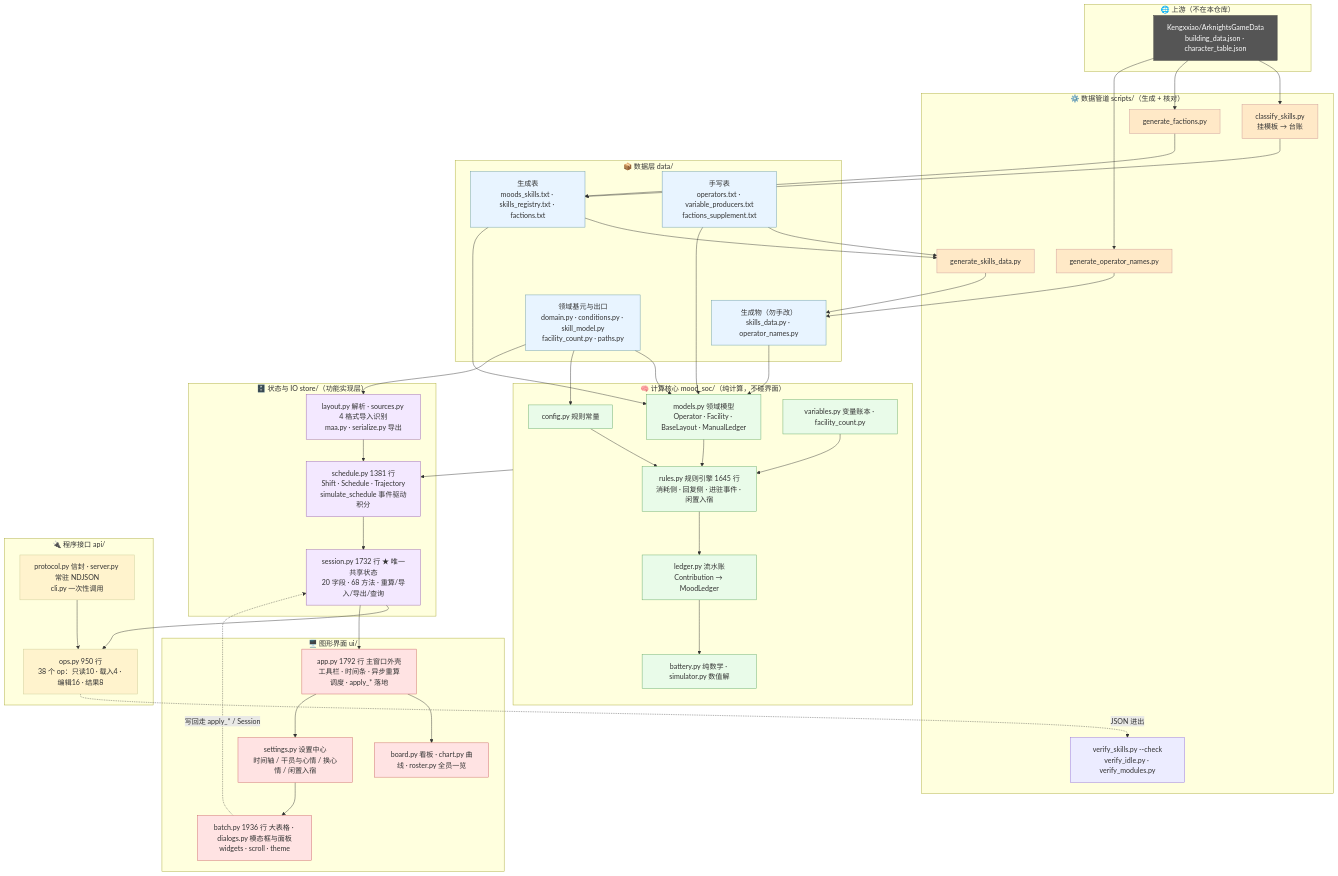
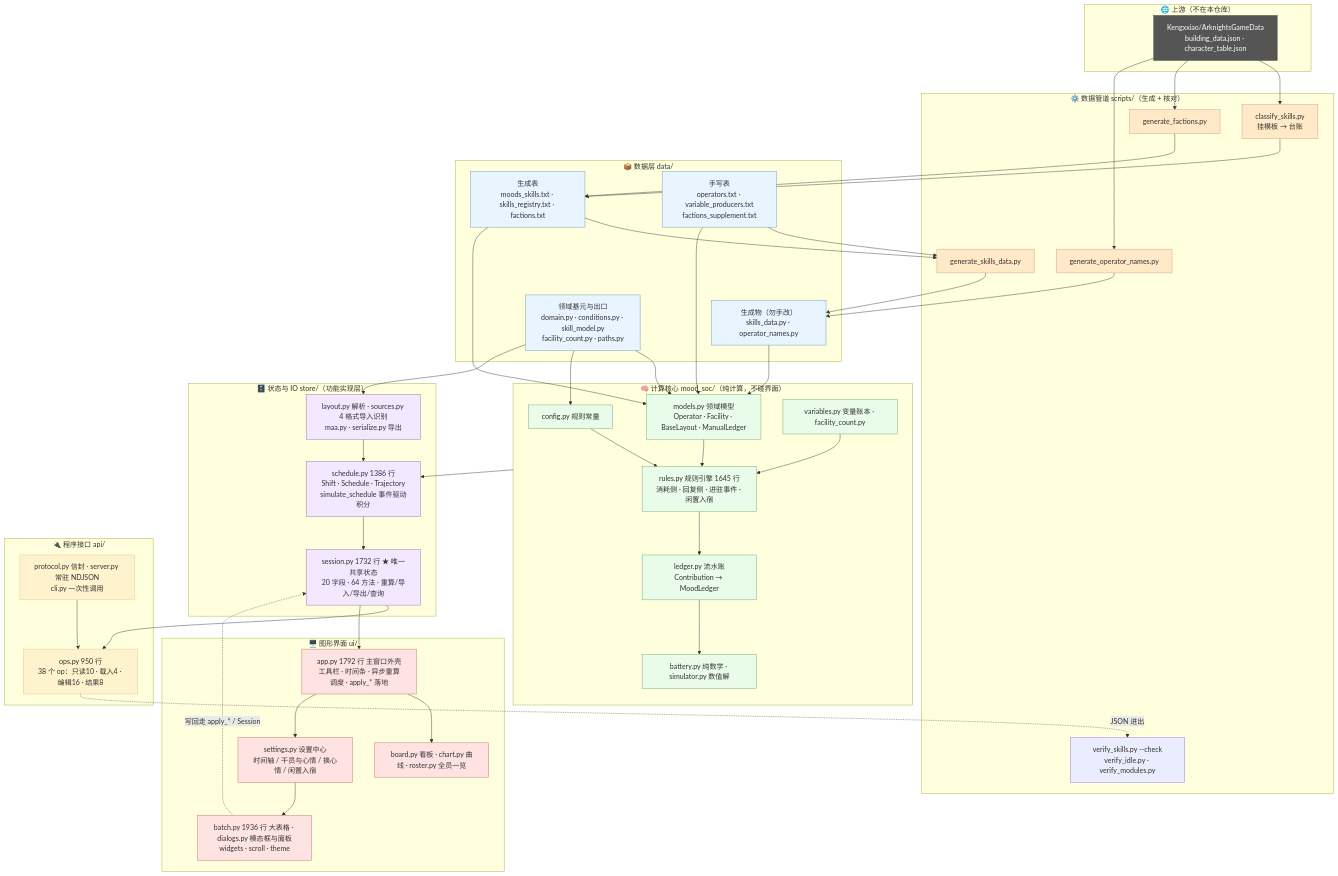
Before and after one commit to ziyanQAQ/Rhodes-MoodSOC: the first of 4 diagrams in documents/15-架构图.md, drawn with Mermaid. The commit also changed 3 other files, not shown here.

```diff
--- a/documents/15-架构图.md
+++ b/documents/15-架构图.md
@@ -56,8 +56,8 @@
 
     subgraph L4["🗄️ 状态与 IO store/（功能实现层）"]
         S1["layout.py 解析 · sources.py 4 格式导入识别<br/>maa.py · serialize.py 导出"]
-        S2["schedule.py 1381 行<br/>Shift · Schedule · Trajectory<br/>simulate_schedule 事件驱动积分"]
-        S3["session.py 1732 行 ★ 唯一共享状态<br/>20 字段 · 68 方法 · 重算/导入/导出/查询"]
+        S2["schedule.py 1386 行<br/>Shift · Schedule · Trajectory<br/>simulate_schedule 事件驱动积分"]
+        S3["session.py 1732 行 ★ 唯一共享状态<br/>20 字段 · 64 方法 · 重算/导入/导出/查询"]
     end
 
     subgraph L5["🔌 程序接口 api/"]
```
